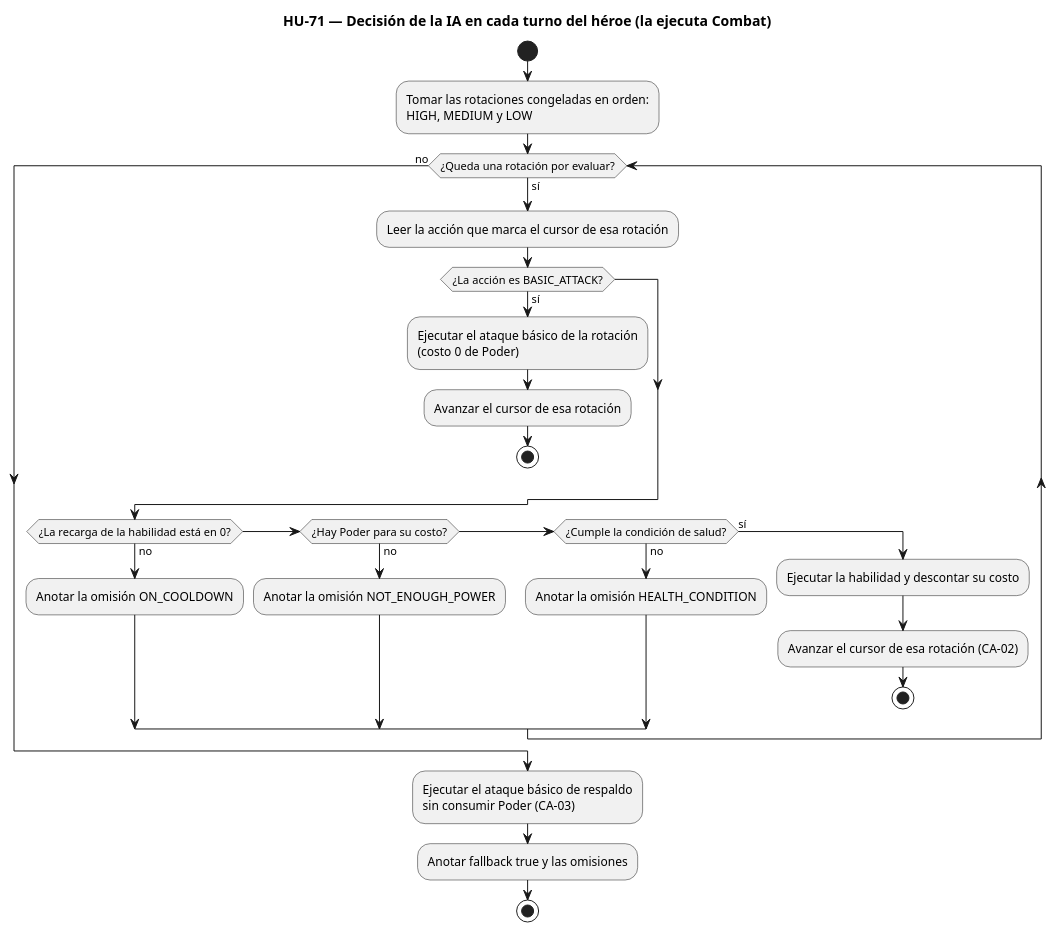
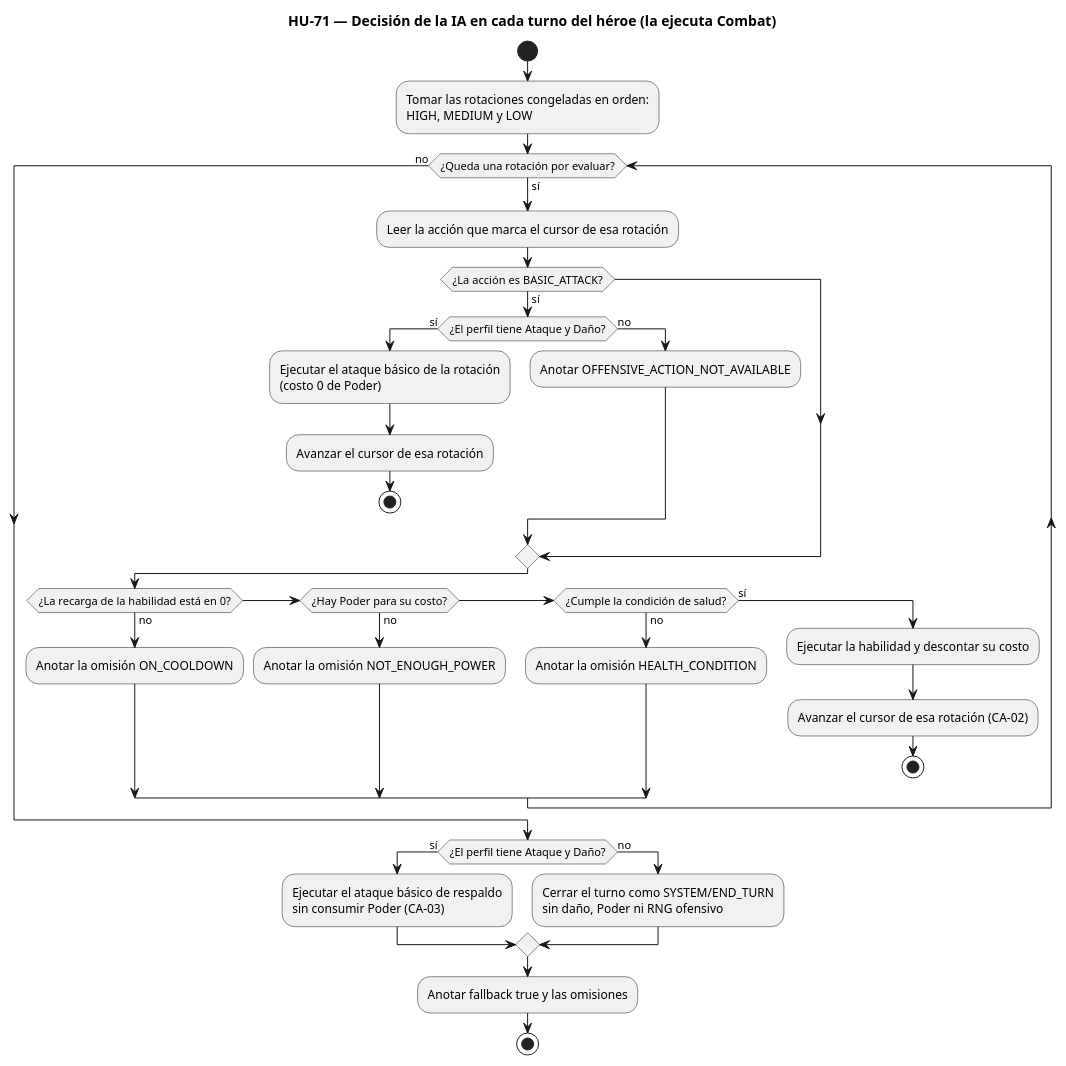
One commit to Nexus-Battle-VI/Nexus-Battle-Infrastructure changed the diagram in docs/diagrams/hu-71-turn-decision.puml. Above: the diagram before and after it, drawn with PlantUML. The commit also changed 3 other files, not shown here.

```diff
--- a/docs/diagrams/hu-71-turn-decision.puml
+++ b/docs/diagrams/hu-71-turn-decision.puml
@@ -1,28 +1,36 @@
 @startuml hu-71-turn-decision
 title HU-71 — Decisión de la IA en cada turno del héroe (la ejecuta Combat)
 
 start
 :Tomar las rotaciones congeladas en orden:\nHIGH, MEDIUM y LOW;
 while (¿Queda una rotación por evaluar?) is (sí)
   :Leer la acción que marca el cursor de esa rotación;
   if (¿La acción es BASIC_ATTACK?) then (sí)
-    :Ejecutar el ataque básico de la rotación\n(costo 0 de Poder);
-    :Avanzar el cursor de esa rotación;
-    stop
+    if (¿El perfil tiene Ataque y Daño?) then (sí)
+      :Ejecutar el ataque básico de la rotación\n(costo 0 de Poder);
+      :Avanzar el cursor de esa rotación;
+      stop
+    else (no)
+      :Anotar OFFENSIVE_ACTION_NOT_AVAILABLE;
+    endif
   endif
   if (¿La recarga de la habilidad está en 0?) then (no)
     :Anotar la omisión ON_COOLDOWN;
   elseif (¿Hay Poder para su costo?) then (no)
     :Anotar la omisión NOT_ENOUGH_POWER;
   elseif (¿Cumple la condición de salud?) then (no)
     :Anotar la omisión HEALTH_CONDITION;
   else (sí)
     :Ejecutar la habilidad y descontar su costo;
     :Avanzar el cursor de esa rotación (CA-02);
     stop
   endif
 endwhile (no)
-:Ejecutar el ataque básico de respaldo\nsin consumir Poder (CA-03);
+if (¿El perfil tiene Ataque y Daño?) then (sí)
+  :Ejecutar el ataque básico de respaldo\nsin consumir Poder (CA-03);
+else (no)
+  :Cerrar el turno como SYSTEM/END_TURN\nsin daño, Poder ni RNG ofensivo;
+endif
 :Anotar fallback true y las omisiones;
 stop
 @enduml
```
